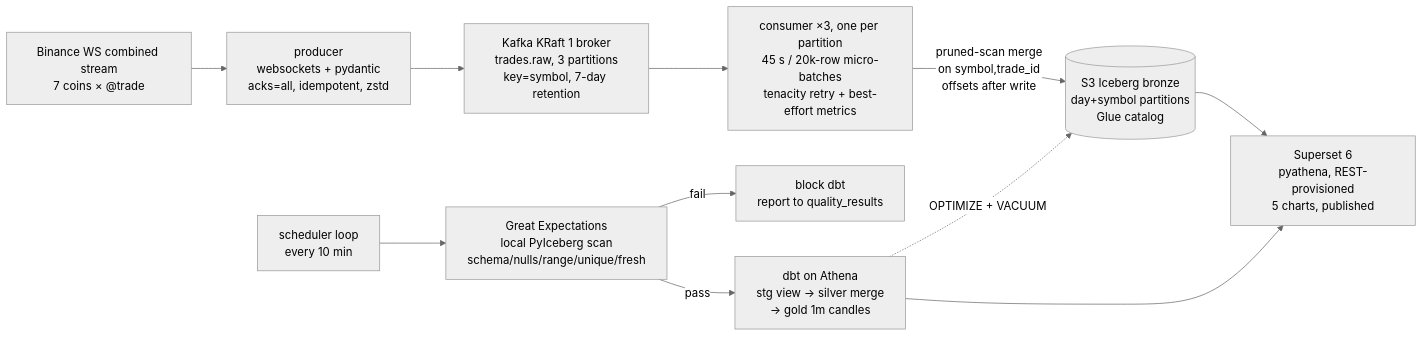
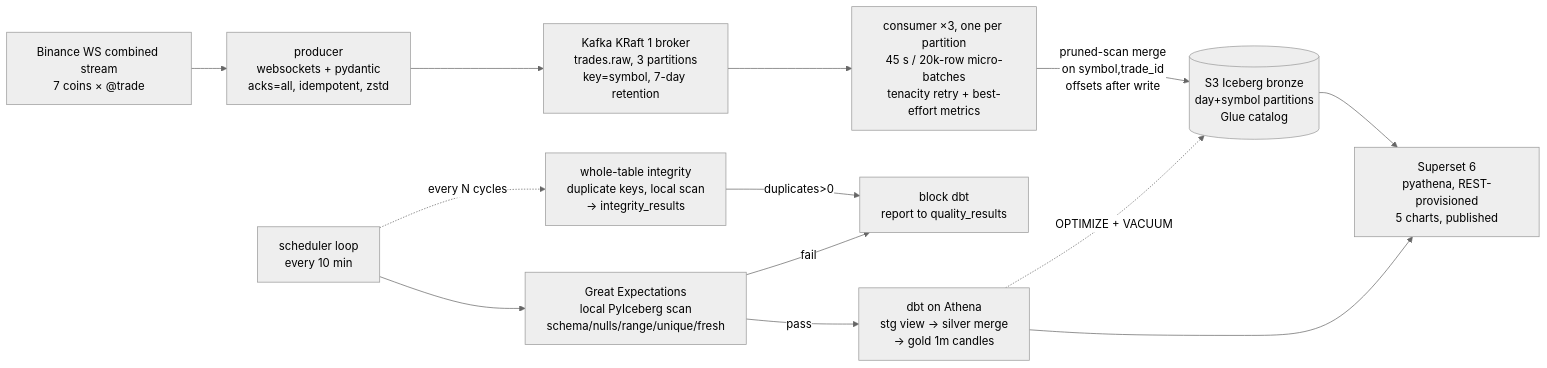
One commit to Danselem/tickstream changed the diagram in docs/architecture.md. Above: the diagram before and after it, drawn with Mermaid (neutral theme). The commit also changed other lines of this file and 4 other files, not shown here.

````diff
--- a/docs/architecture.md
+++ b/docs/architecture.md
@@ -3,13 +3,15 @@
 ```mermaid
 flowchart LR
     BIN[Binance WS combined stream<br/>7 coins × @trade] --> PROD[producer<br/>websockets + pydantic<br/>acks=all, idempotent, zstd]
     PROD --> KAFKA[Kafka KRaft 1 broker<br/>trades.raw, 3 partitions<br/>key=symbol, 7-day retention]
     KAFKA --> CONS[consumer ×3, one per partition<br/>45 s / 20k-row micro-batches<br/>tenacity retry + best-effort metrics]
     CONS -->|pruned-scan merge<br/>on symbol,trade_id<br/>offsets after write| S3[(S3 Iceberg bronze<br/>day+symbol partitions<br/>Glue catalog)]
     SCHED[scheduler loop<br/>every 10 min] --> GX[Great Expectations<br/>local PyIceberg scan<br/>schema/nulls/range/unique/fresh]
     GX -->|pass| DBT[dbt on Athena<br/>stg view → silver merge<br/>→ gold 1m candles]
     GX -->|fail| BLOCK[block dbt<br/>report to quality_results]
+    SCHED -.->|every N cycles| INT[whole-table integrity<br/>duplicate keys, local scan<br/>→ integrity_results]
+    INT -->|duplicates>0| BLOCK
     DBT --> SUP[Superset 6<br/>pyathena, REST-provisioned<br/>5 charts, published]
     S3 --> SUP
     DBT -.->|OPTIMIZE + VACUUM| S3
 ```
````
